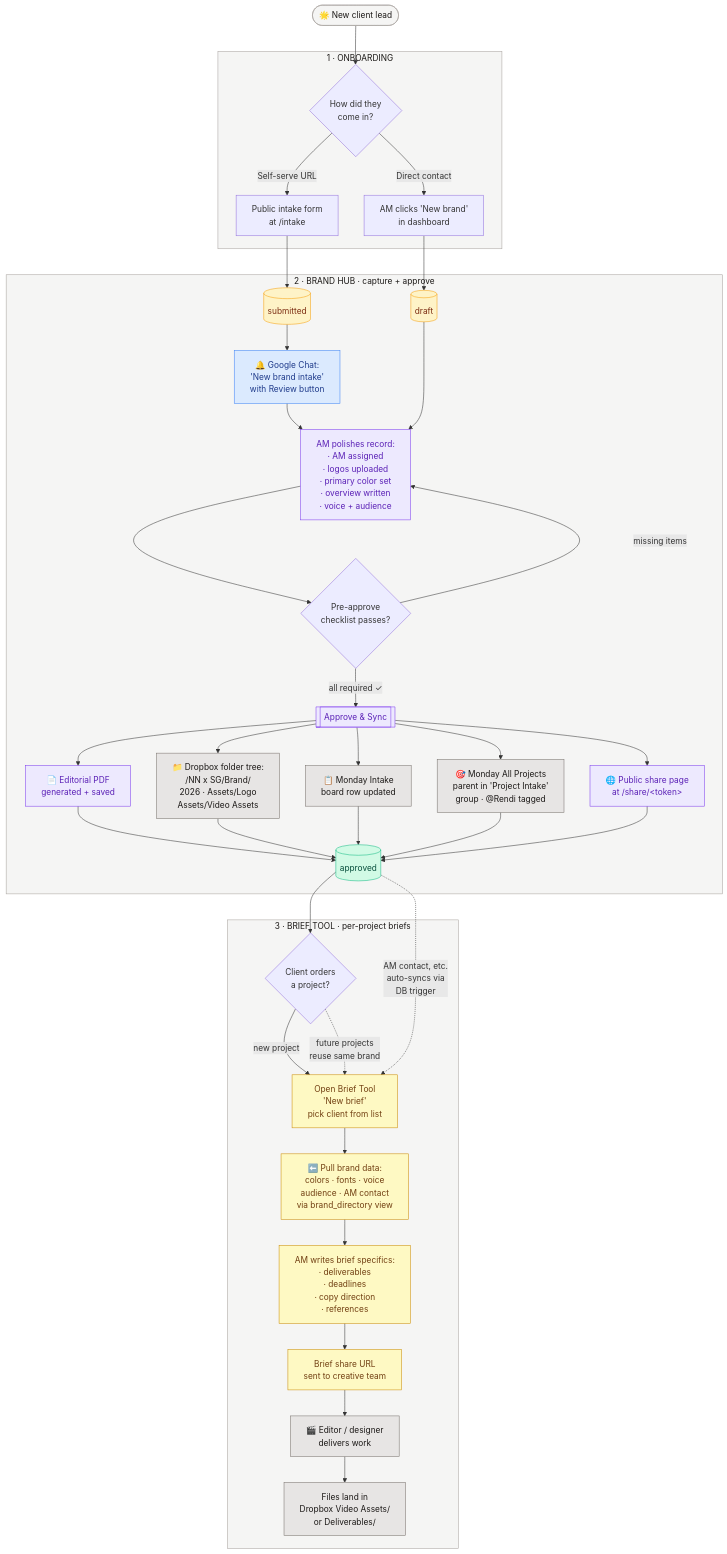
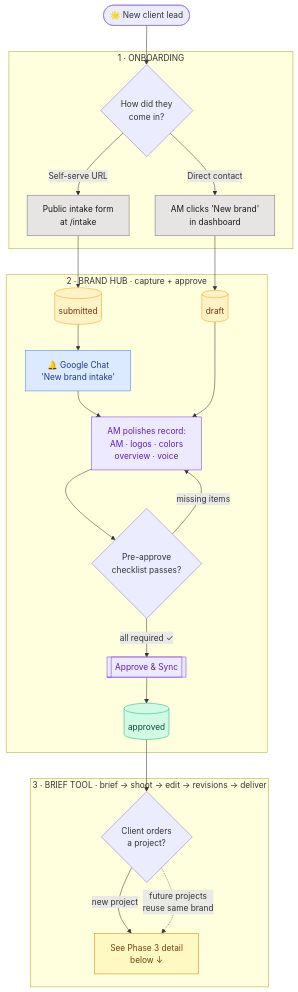
The first of 2 diagrams in docs/workflow.md (nauticoshop/sg-brand-hub), drawn with Mermaid before and after one commit. The commit also changed other lines of this file and 2 other files, not shown here.

First line of the commit message:
docs: expand workflow with Brief Tool detail + automation gaps

````diff
--- a/docs/workflow.md
+++ b/docs/workflow.md
@@ -9,77 +12,57 @@
 ```mermaid
 flowchart TB
-    classDef phase fill:#f5f5f4,stroke:#a8a29e,stroke-width:1px,color:#1c1917
     classDef state fill:#fef3c7,stroke:#f59e0b,color:#7c2d12
     classDef approved fill:#d1fae5,stroke:#10b981,color:#064e3b
     classDef notify fill:#dbeafe,stroke:#3b82f6,color:#1e3a8a
     classDef brandhub fill:#ede9fe,stroke:#7c3aed,color:#5b21b6
     classDef brieftool fill:#fef9c3,stroke:#ca8a04,color:#713f12
     classDef external fill:#e7e5e4,stroke:#78716c,color:#1c1917
 
-    Lead([🌟 New client lead]):::phase
+    Lead([🌟 New client lead])
 
     subgraph Onboard[" 1 · ONBOARDING "]
         Source{How did they<br/>come in?}
         Public[Public intake form<br/>at /intake]
         Manual[AM clicks 'New brand'<br/>in dashboard]
     end
 
     Lead --> Source
     Source -->|Self-serve URL| Public
     Source -->|Direct contact| Manual
 
     subgraph Hub[" 2 · BRAND HUB · capture + approve "]
-        Submitted[(submitted)]:::state
-        Draft[(draft)]:::state
-        ChatNote[🔔 Google Chat:<br/>'New brand intake'<br/>with Review button]:::notify
-        Polish[AM polishes record:<br/>· AM assigned<br/>· logos uploaded<br/>· primary color set<br/>· overview written<br/>· voice + audience]:::brandhub
+        Submitted[(submitted)]
+        Draft[(draft)]
+        ChatNote[🔔 Google Chat<br/>'New brand intake']
+        Polish[AM polishes record:<br/>AM · logos · colors<br/>overview · voice]
         Gate{Pre-approve<br/>checklist passes?}
-        Approve[[Approve & Sync]]:::brandhub
-        PDF[📄 Editorial PDF<br/>generated + saved]:::brandhub
-        DB[📁 Dropbox folder tree:<br/>/NN x SG/Brand/<br/>2026 · Assets/Logo<br/>Assets/Video Assets]:::external
-        MI[📋 Monday Intake<br/>board row updated]:::external
-        MA[🎯 Monday All Projects<br/>parent in 'Project Intake'<br/>group · @Rendi tagged]:::external
-        SHARE[🌐 Public share page<br/>at /share/&lt;token&gt;]:::brandhub
-        Approved[(approved)]:::approved
+        Approve[[Approve & Sync]]
+        Approved[(approved)]
     end
 
     Public --> Submitted
     Manual --> Draft
     Submitted --> ChatNote
     ChatNote --> Polish
     Draft --> Polish
     Polish --> Gate
     Gate -->|missing items| Polish
     Gate -->|all required ✓| Approve
-    Approve --> PDF
-    Approve --> DB
-    Approve --> MI
-    Approve --> MA
-    Approve --> SHARE
-    PDF & DB & MI & MA & SHARE --> Approved
+    Approve --> Approved
 
-    subgraph Brief[" 3 · BRIEF TOOL · per-project briefs "]
-        NewProject{Client orders<br/>a project?}
-        OpenBrief[Open Brief Tool<br/>'New brief'<br/>pick client from list]:::brieftool
-        Pull["⬅️ Pull brand data:<br/>colors · fonts · voice<br/>audience · AM contact<br/>via brand_directory view"]:::brieftool
-        Write[AM writes brief specifics:<br/>· deliverables<br/>· deadlines<br/>· copy direction<br/>· references]:::brieftool
-        BriefShare[Brief share URL<br/>sent to creative team]:::brieftool
-        Work[🎬 Editor / designer<br/>delivers work]:::external
-        Files[Files land in<br/>Dropbox Video Assets/<br/>or Deliverables/]:::external
+    subgraph Brief[" 3 · BRIEF TOOL · brief → shoot → edit → revisions → deliver "]
+        ProjectStart{Client orders<br/>a project?}
+        BriefLoop[See Phase 3 detail<br/>below ↓]
     end
 
-    Approved --> NewProject
-    NewProject -->|new project| OpenBrief
-    OpenBrief --> Pull
-    Pull --> Write
-    Write --> BriefShare
-    BriefShare --> Work
-    Work --> Files
+    Approved --> ProjectStart
+    ProjectStart -->|new project| BriefLoop
+    ProjectStart -.->|future projects<br/>reuse same brand| BriefLoop
 
-    NewProject -.->|future projects<br/>reuse same brand| OpenBrief
-
-    %% Two-way sync indicator
-    Approved -.->|"AM contact, etc.<br/>auto-syncs via<br/>DB trigger"| OpenBrief
-
-    class Onboard,Hub,Brief phase
+    class Submitted,Draft state
+    class Approved approved
+    class ChatNote notify
+    class Polish,Approve brandhub
+    class BriefLoop brieftool
+    class Public,Manual external
 ```
````
